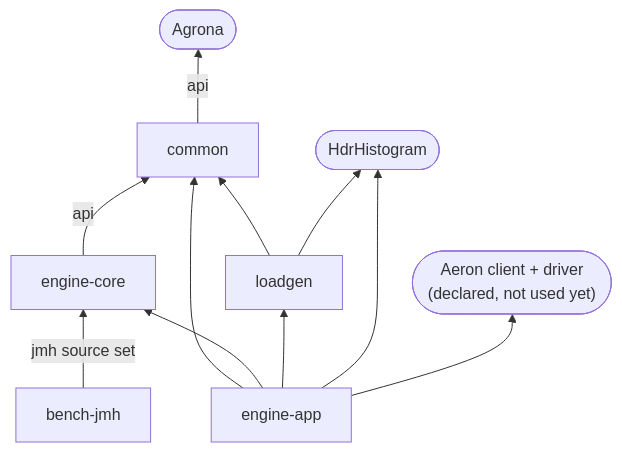
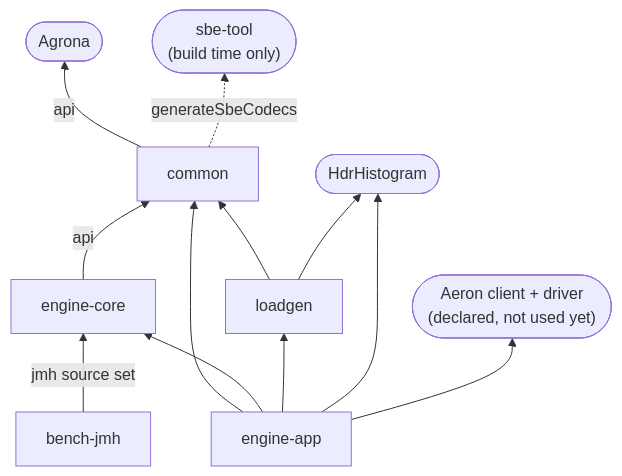
The second of 15 diagrams in docs/architecture.md (Jeromefromcn/low-latency-matching-engine), drawn with Mermaid before and after one commit. The commit also changed other lines of this file and 3 other files, not shown here.

First line of the commit message:
docs(adr): record SBE message schema design, tick 2.1

````diff
--- a/docs/architecture.md
+++ b/docs/architecture.md
@@ -59,24 +59,26 @@
 ```mermaid
 flowchart BT
     common["common"]
     core["engine-core"]
     app["engine-app"]
     lg["loadgen"]
     jmh["bench-jmh"]
 
     core -->|api| common
     lg --> common
     app --> common
     app --> core
     app --> lg
     jmh -->|jmh source set| core
 
     agrona(["Agrona"])
+    sbe(["sbe-tool<br/>(build time only)"])
     hdr(["HdrHistogram"])
     aeron(["Aeron client + driver<br/>(declared, not used yet)"])
 
     common -->|api| agrona
+    common -.->|generateSbeCodecs| sbe
     lg --> hdr
     app --> hdr
     app --> aeron
 ```
````
